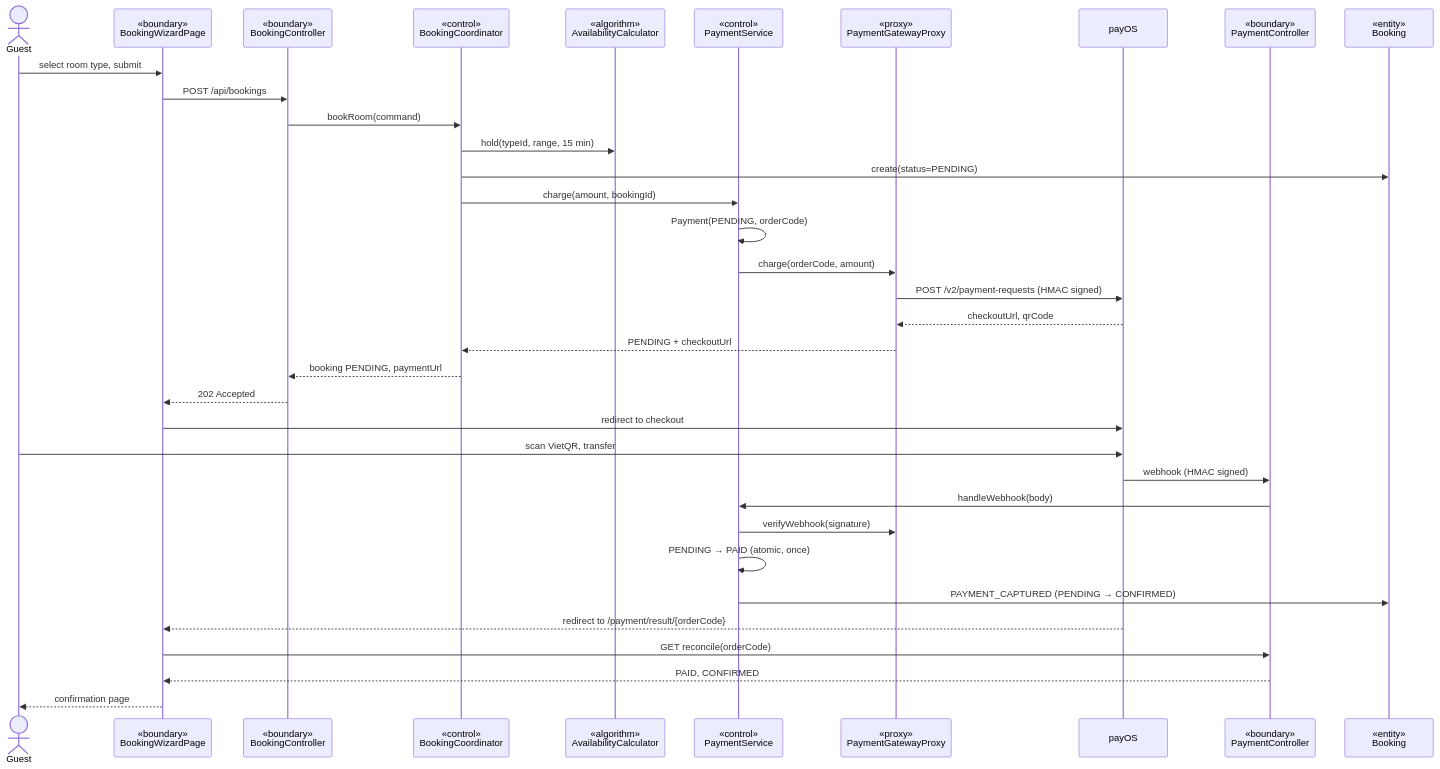
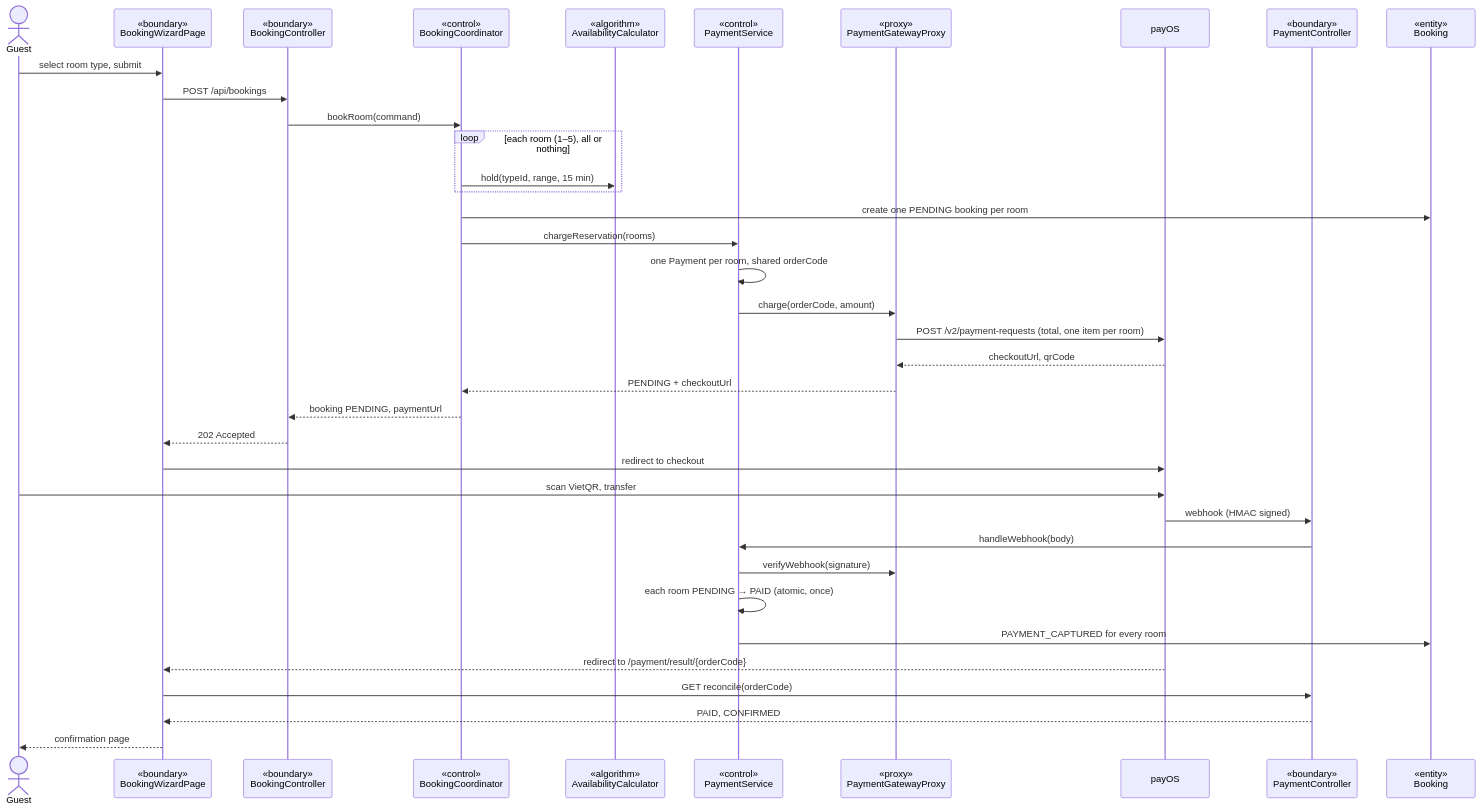
Before and after one commit to toikobi401/SWD392: diagram 11 of 19 in System Design and Overall Architecture/System Design and Overall Architecture.md, drawn with Mermaid. The commit also changed other lines of this file and 41 other files, not shown here.

````diff
--- a/System Design and Overall Architecture/System Design and Overall Architecture.md
+++ b/System Design and Overall Architecture/System Design and Overall Architecture.md
@@ -1536,38 +1649,40 @@
 ```mermaid
 sequenceDiagram
     actor G as Guest
     participant UI as «boundary»<br/>BookingWizardPage
     participant BC as «boundary»<br/>BookingController
     participant CO as «control»<br/>BookingCoordinator
     participant AV as «algorithm»<br/>AvailabilityCalculator
     participant PS as «control»<br/>PaymentService
     participant PG as «proxy»<br/>PaymentGatewayProxy
     participant PO as payOS
     participant PC as «boundary»<br/>PaymentController
     participant BK as «entity»<br/>Booking
 
     G->>UI: select room type, submit
     UI->>BC: POST /api/bookings
     BC->>CO: bookRoom(command)
-    CO->>AV: hold(typeId, range, 15 min)
-    CO->>BK: create(status=PENDING)
-    CO->>PS: charge(amount, bookingId)
-    PS->>PS: Payment(PENDING, orderCode)
+    loop each room (1–5), all or nothing
+        CO->>AV: hold(typeId, range, 15 min)
+    end
+    CO->>BK: create one PENDING booking per room
+    CO->>PS: chargeReservation(rooms)
+    PS->>PS: one Payment per room, shared orderCode
     PS->>PG: charge(orderCode, amount)
-    PG->>PO: POST /v2/payment-requests (HMAC signed)
+    PG->>PO: POST /v2/payment-requests (total, one item per room)
     PO-->>PG: checkoutUrl, qrCode
     PG-->>CO: PENDING + checkoutUrl
     CO-->>BC: booking PENDING, paymentUrl
     BC-->>UI: 202 Accepted
     UI->>PO: redirect to checkout
     G->>PO: scan VietQR, transfer
     PO->>PC: webhook (HMAC signed)
     PC->>PS: handleWebhook(body)
     PS->>PG: verifyWebhook(signature)
-    PS->>PS: PENDING → PAID (atomic, once)
-    PS->>BK: PAYMENT_CAPTURED (PENDING → CONFIRMED)
+    PS->>PS: each room PENDING → PAID (atomic, once)
+    PS->>BK: PAYMENT_CAPTURED for every room
     PO-->>UI: redirect to /payment/result/{orderCode}
     UI->>PC: GET reconcile(orderCode)
     PC-->>UI: PAID, CONFIRMED
     UI-->>G: confirmation page
 ```
````
